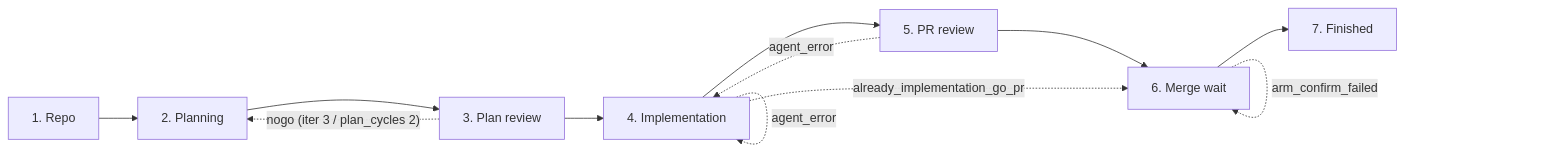
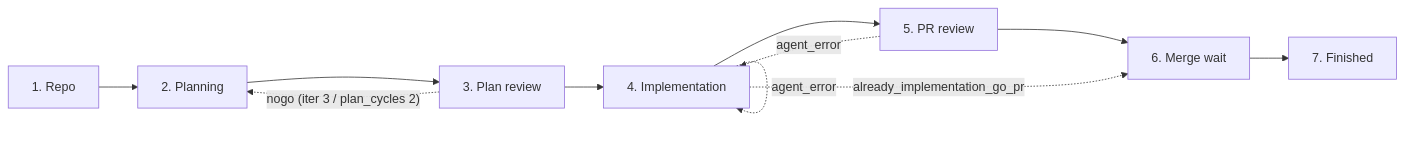
The first of 16 diagrams in docs/architecture.md (HomericIntelligence/Hephaestus), drawn with Mermaid before and after one commit. The commit also changed other lines of this file and 45 other files, not shown here.

````diff
--- a/docs/architecture.md
+++ b/docs/architecture.md
@@ -119,15 +124,14 @@
 ```mermaid
 flowchart LR
     repo["1. Repo"] --> planning["2. Planning"]
     planning --> plan_review["3. Plan review"]
     plan_review --> implementation["4. Implementation"]
     implementation --> pr_review["5. PR review"]
     pr_review --> merge_wait["6. Merge wait"]
     merge_wait --> finished["7. Finished"]
 
     plan_review -. "nogo (iter 3 / plan_cycles 2)" .-> planning
     implementation -. "agent_error" .-> implementation
     pr_review -. "agent_error" .-> implementation
     implementation -. "already_implementation_go_pr" .-> merge_wait
-    merge_wait -. "arm_confirm_failed" .-> merge_wait
 ```
````
